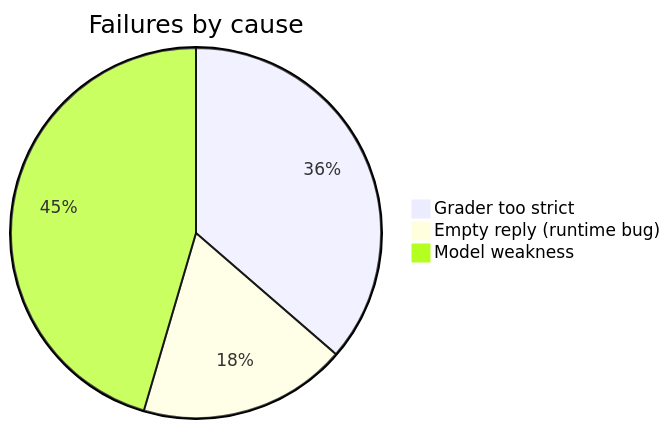
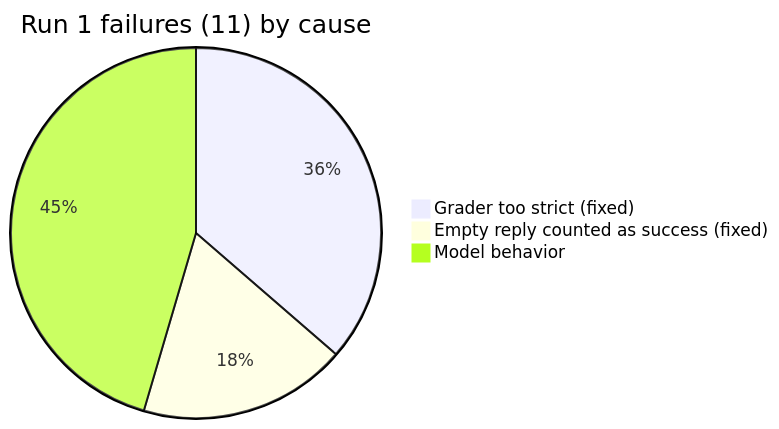
Before and after one commit to remy-plus/remy: the second of 2 diagrams in evals/results/2026-10-25-gpt-5-nano-breakdown.md, drawn with Mermaid. The commit also changed other lines of this file and 2 other files, not shown here.

Commit message:
evals: GPT-5 nano re-run after the fixes, with a before/after breakdown

````diff
--- a/evals/results/2026-10-25-gpt-5-nano-breakdown.md
+++ b/evals/results/2026-10-25-gpt-5-nano-breakdown.md
@@ -30,6 +37,6 @@
 ```mermaid
-pie title Failures by cause
-    "Grader too strict" : 4
-    "Empty reply (runtime bug)" : 2
-    "Model weakness" : 5
+pie title Run 1 failures (11) by cause
+    "Grader too strict (fixed)" : 4
+    "Empty reply counted as success (fixed)" : 2
+    "Model behavior" : 5
 ```
````
